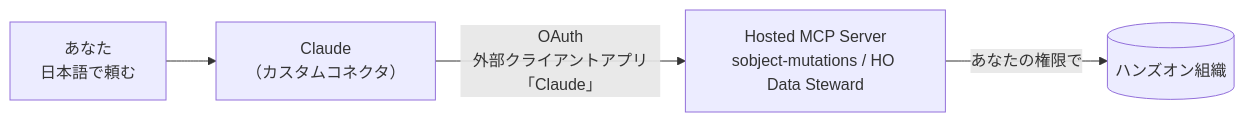
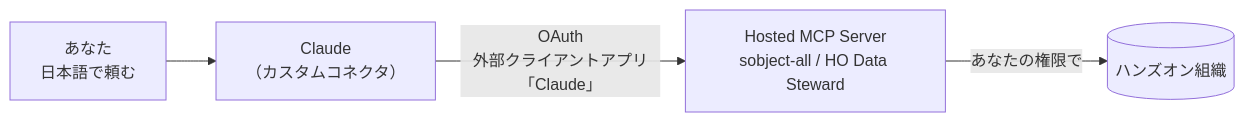
Before and after one commit to albatrosdx/awtt-mcp: the diagram in README.md, drawn with Mermaid. The commit also changed other lines of this file and 1 other file, not shown here.

First line of the commit message:
Use sobject-all instead of sobject-mutations for the standard server

````diff
--- a/README.md
+++ b/README.md
@@ -29,6 +29,6 @@
 ```mermaid
 flowchart LR
   You["あなた<br/>日本語で頼む"] --> Claude["Claude<br/>（カスタムコネクタ）"]
-  Claude -- "OAuth<br/>外部クライアントアプリ「Claude」" --> MCP["Hosted MCP Server<br/>sobject-mutations / HO Data Steward"]
+  Claude -- "OAuth<br/>外部クライアントアプリ「Claude」" --> MCP["Hosted MCP Server<br/>sobject-all / HO Data Steward"]
   MCP -- "あなたの権限で" --> Org[("ハンズオン組織")]
 ```
````
